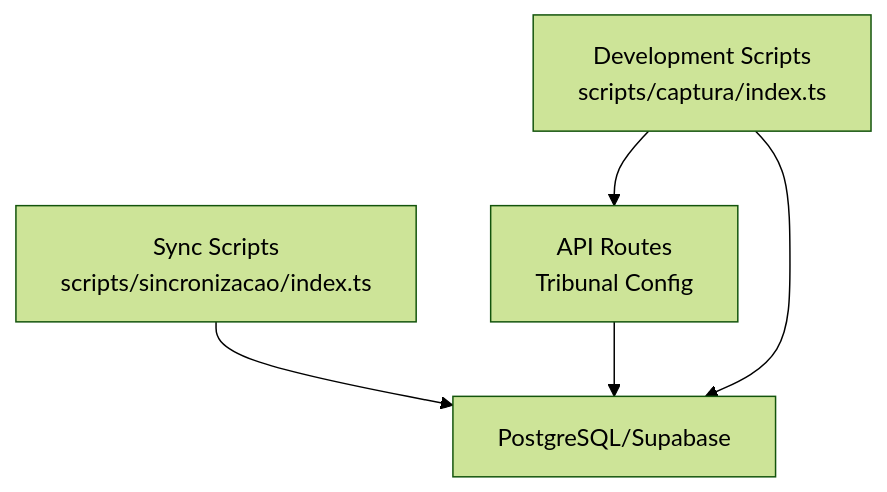
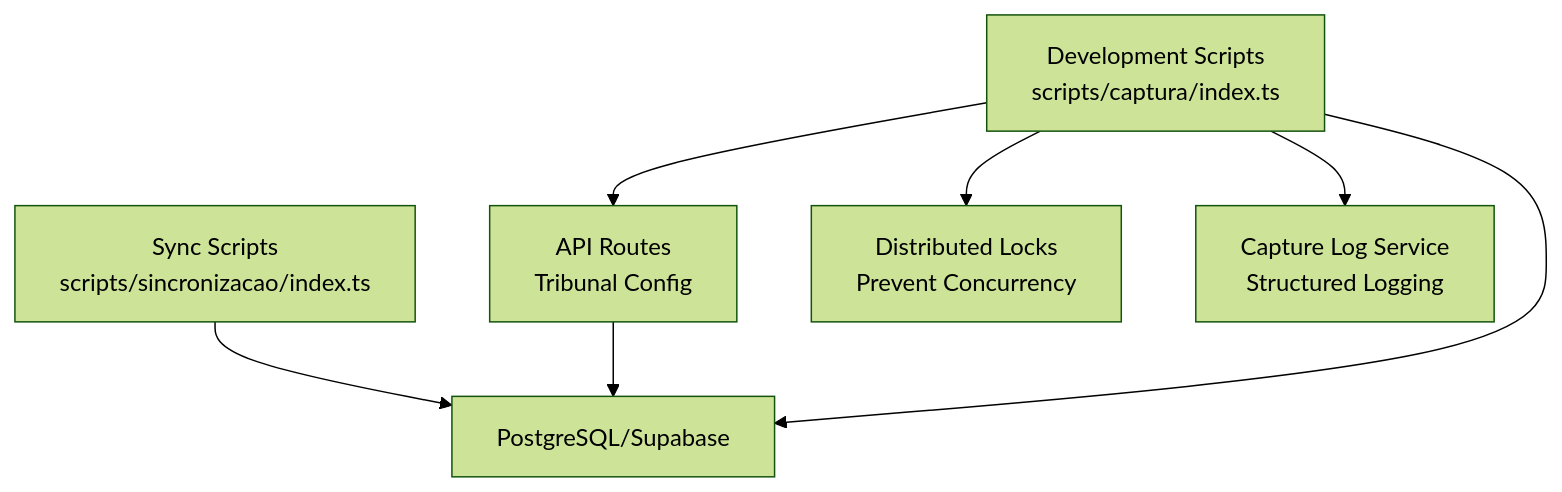
Before and after one commit to SinesysTech/zattar-os: the eighth of 14 diagrams in .qoder/repowiki/en/content/Legal Process Management System/Legal Process Management System.md, drawn with Mermaid (forest theme). The commit also changed other lines of this file and 6 other files, not shown here.

````diff
--- a/.qoder/repowiki/en/content/Legal Process Management System/Legal Process Management System.md
+++ b/.qoder/repowiki/en/content/Legal Process Management System/Legal Process Management System.md
@@ -373,7 +427,9 @@
 ```mermaid
 flowchart TD
 Dev["Development Scripts<br/>scripts/captura/index.ts"] --> API["API Routes<br/>Tribunal Config"]
 Sync["Sync Scripts<br/>scripts/sincronizacao/index.ts"] --> DB["PostgreSQL/Supabase"]
 API --> DB
 Dev --> DB
+Dev --> LOCK["Distributed Locks<br/>Prevent Concurrency"]
+Dev --> LOGS["Capture Log Service<br/>Structured Logging"]
 ```
````
